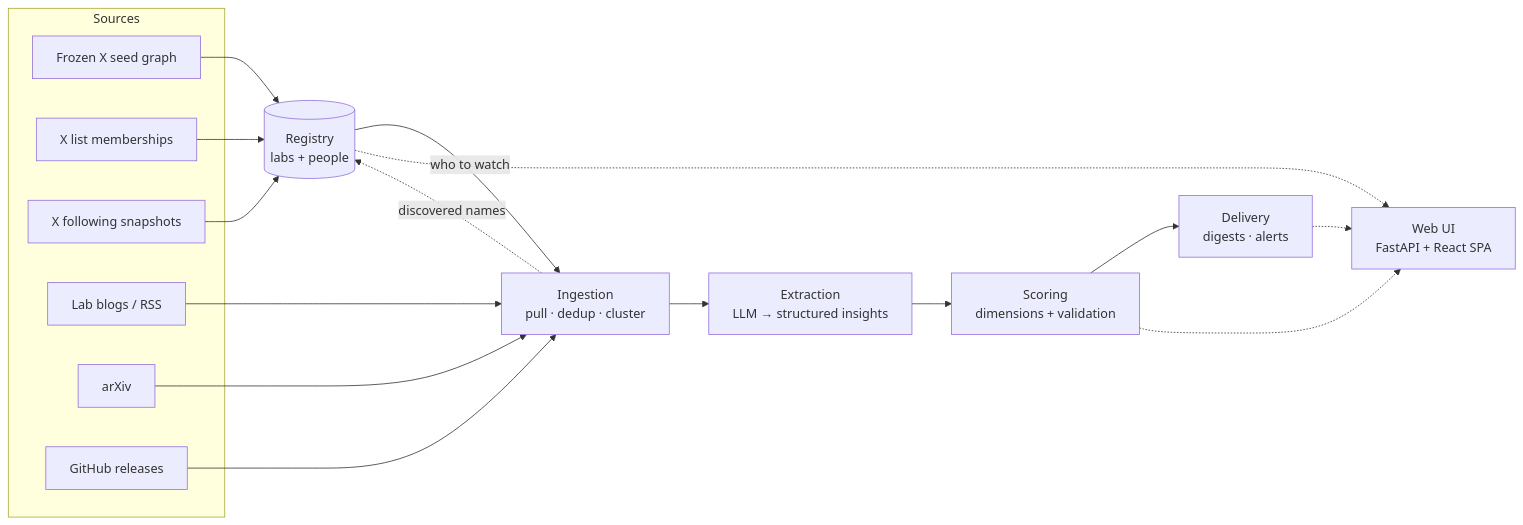
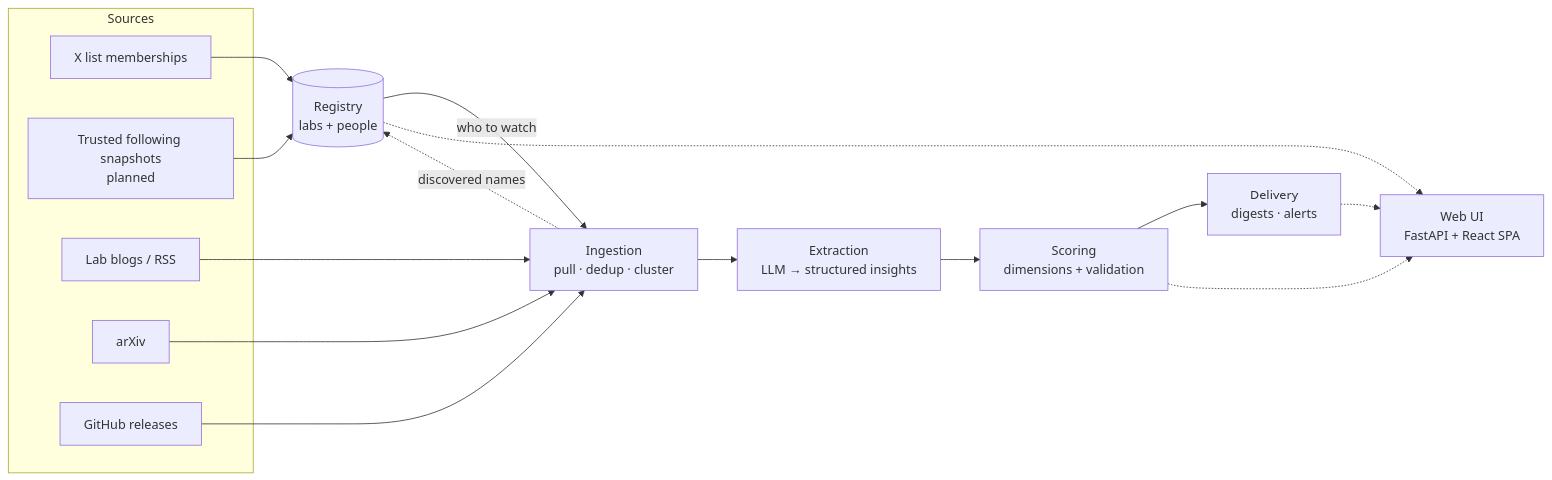
One commit to AdithyanI/frontier-lab-intelligence changed the first of 5 diagrams in docs/architecture/overview.md. Above: the diagram before and after it, drawn with Mermaid. The commit also changed other lines of this file and 30 other files, not shown here.

````diff
--- a/docs/architecture/overview.md
+++ b/docs/architecture/overview.md
@@ -44,31 +38,29 @@
 ```mermaid
 flowchart LR
     subgraph sources [Sources]
-        XSEED[Frozen X seed graph]
-    XLISTS[X list memberships]
-    XFOLLOW[X following snapshots]
+        XLISTS[X list memberships]
+        XFOLLOW[Trusted following snapshots<br/>planned]
         BLOGS[Lab blogs / RSS]
         ARXIV[arXiv]
         GH[GitHub releases]
     end
 
     REG[(Registry<br/>labs + people)]
     ING[Ingestion<br/>pull · dedup · cluster]
     EXT[Extraction<br/>LLM → structured insights]
     SCO[Scoring<br/>dimensions + validation]
     DEL[Delivery<br/>digests · alerts]
     UI[Web UI<br/>FastAPI + React SPA]
 
-    XSEED --> REG
     XLISTS --> REG
     XFOLLOW --> REG
     REG -->|who to watch| ING
     BLOGS & ARXIV & GH --> ING
     ING --> EXT
     EXT --> SCO
     SCO --> DEL
     REG -.-> UI
     SCO -.-> UI
     DEL -.-> UI
     ING -.->|discovered names| REG
 ```
````
